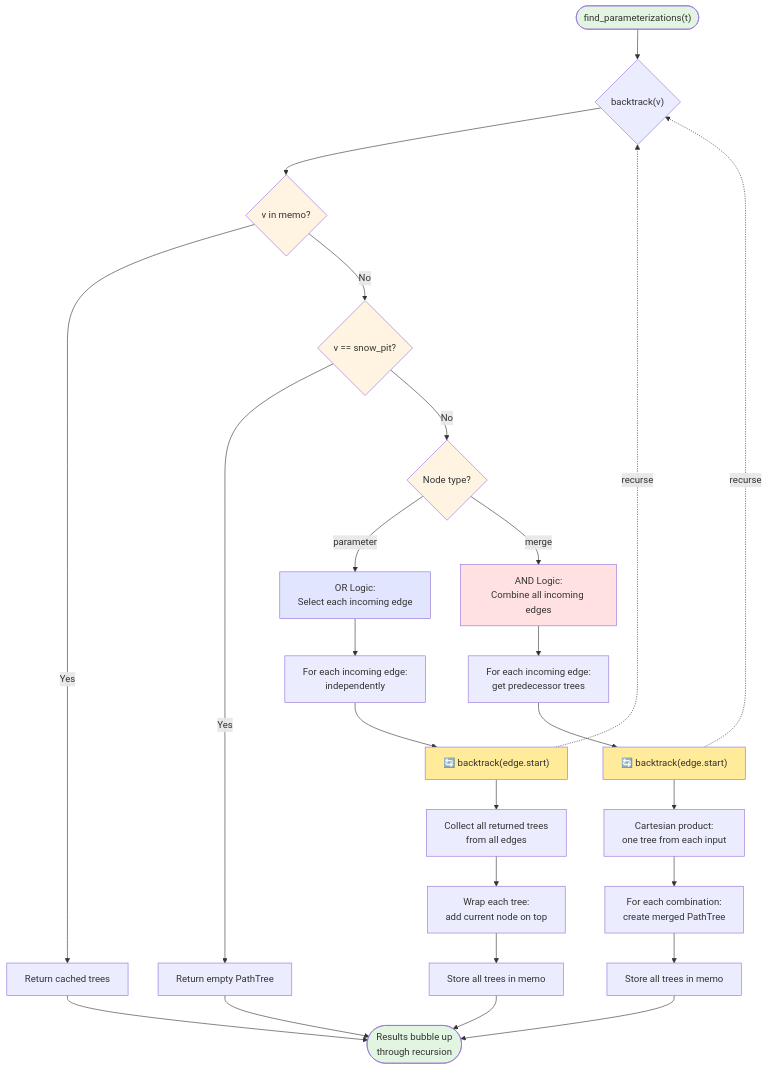
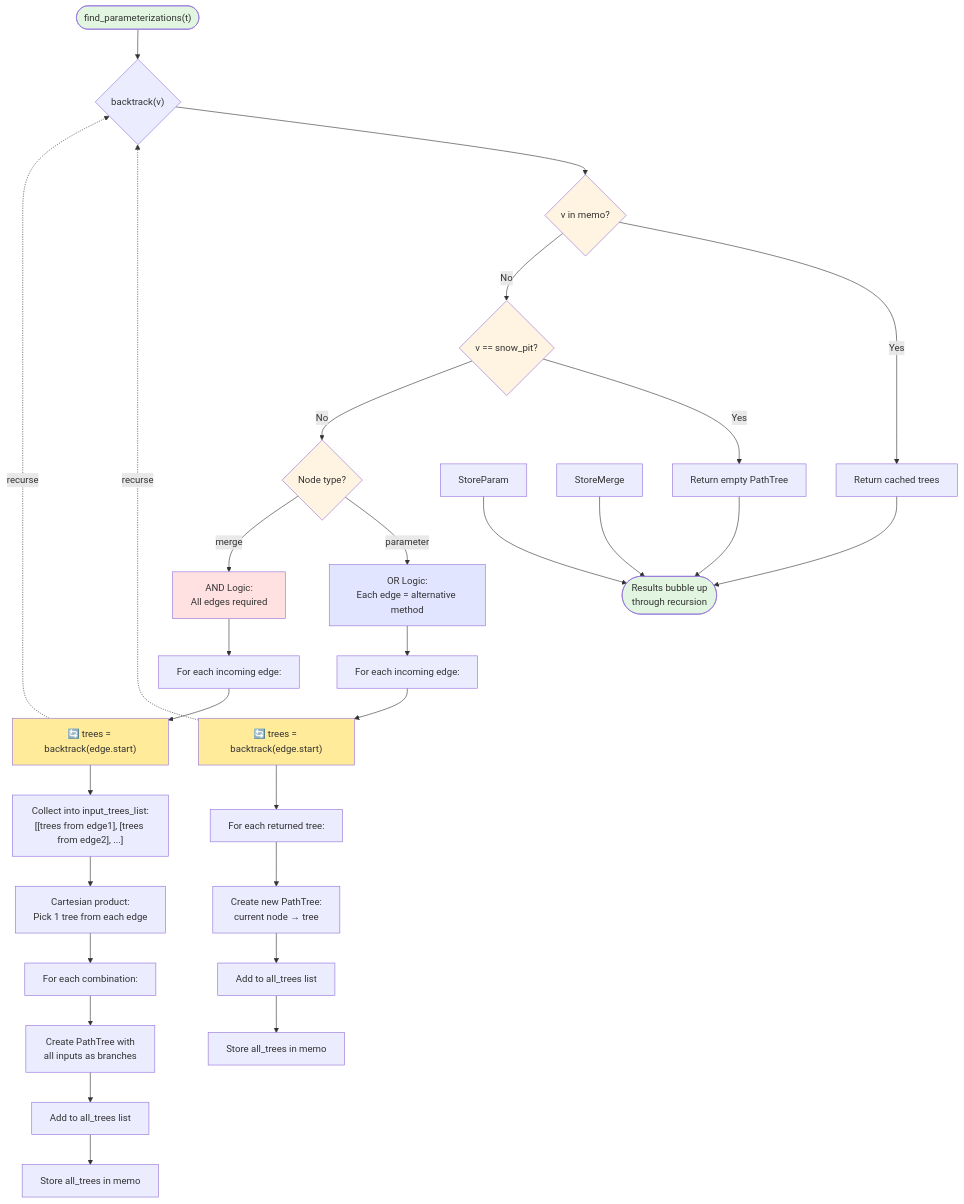
The diagram in algorithm/algorithm_flowchart.md (connellymk/SnowPyt-MechParams), drawn with Mermaid before and after one commit. The commit also changed other lines of this file, not shown here.

````diff
--- a/algorithm/algorithm_flowchart.md
+++ b/algorithm/algorithm_flowchart.md
@@ -5,44 +5,48 @@
 ```mermaid
 flowchart TD
     Start(["find_parameterizations(t)"]) --> Backtrack{"backtrack(v)"}
     
     Backtrack --> CheckMemo{v in memo?}
     CheckMemo -->|Yes| Return[Return cached trees]
     CheckMemo -->|No| CheckBase{v == snow_pit?}
     
     CheckBase -->|Yes| BaseCase[Return empty PathTree]
     CheckBase -->|No| CheckType{Node type?}
     
-    CheckType -->|parameter| ParamLogic["OR Logic:<br/>Select each incoming edge"]
-    CheckType -->|merge| MergeLogic["AND Logic:<br/>Combine all incoming edges"]
+    CheckType -->|parameter| ParamLogic["OR Logic:<br/>Each edge = alternative method"]
+    CheckType -->|merge| MergeLogic["AND Logic:<br/>All edges required"]
     
-    ParamLogic --> ForEachEdge["For each incoming edge:<br/>independently"]
-    ForEachEdge --> RecurseParam["🔄 backtrack(edge.start)"]
+    ParamLogic --> ParamLoop["For each incoming edge:"]
+    ParamLoop --> RecurseParam["🔄 trees = backtrack(edge.start)"]
     RecurseParam -.->|recurse| Backtrack
-    RecurseParam --> CollectParam["Collect all returned trees<br/>from all edges"]
-    CollectParam --> BuildParam["Wrap each tree:<br/>add current node on top"]
-    BuildParam --> StoreParam[Store all trees in memo]
+    RecurseParam --> ParamNested["For each returned tree:"]
+    ParamNested --> WrapTree["Create new PathTree:<br/>current node → tree"]
+    WrapTree --> AddToList["Add to all_trees list"]
+    AddToList --> ParamStore[Store all_trees in memo]
     
-    MergeLogic --> ForEachInput["For each incoming edge:<br/>get predecessor trees"]
-    ForEachInput --> RecurseMerge["🔄 backtrack(edge.start)"]
+    MergeLogic --> MergeLoop["For each incoming edge:"]
+    MergeLoop --> RecurseMerge["🔄 trees = backtrack(edge.start)"]
     RecurseMerge -.->|recurse| Backtrack
-    RecurseMerge --> Cartesian["Cartesian product:<br/>one tree from each input"]
-    Cartesian --> BuildMerge["For each combination:<br/>create merged PathTree"]
-    BuildMerge --> StoreMerge[Store all trees in memo]
+    RecurseMerge --> CollectInputs["Collect into input_trees_list:<br/>[[trees from edge1], [trees from edge2], ...]"]
+    CollectInputs --> Cartesian["Cartesian product:<br/>Pick 1 tree from each edge"]
+    Cartesian --> MergeNested["For each combination:"]
+    MergeNested --> CreateMerge["Create PathTree with<br/>all inputs as branches"]
+    CreateMerge --> AddMerge["Add to all_trees list"]
+    AddMerge --> MergeStore[Store all_trees in memo]
     
     StoreParam --> End
     StoreMerge --> End
     BaseCase --> End
     Return --> End
     End([Results bubble up<br/>through recursion])
     
     style Start fill:#e1f5e1
     style End fill:#e1f5e1
     style CheckMemo fill:#fff4e1
     style CheckBase fill:#fff4e1
     style CheckType fill:#fff4e1
     style ParamLogic fill:#e1e5ff
     style MergeLogic fill:#ffe1e1
     style RecurseParam fill:#ffeb99
     style RecurseMerge fill:#ffeb99
 ```
````
